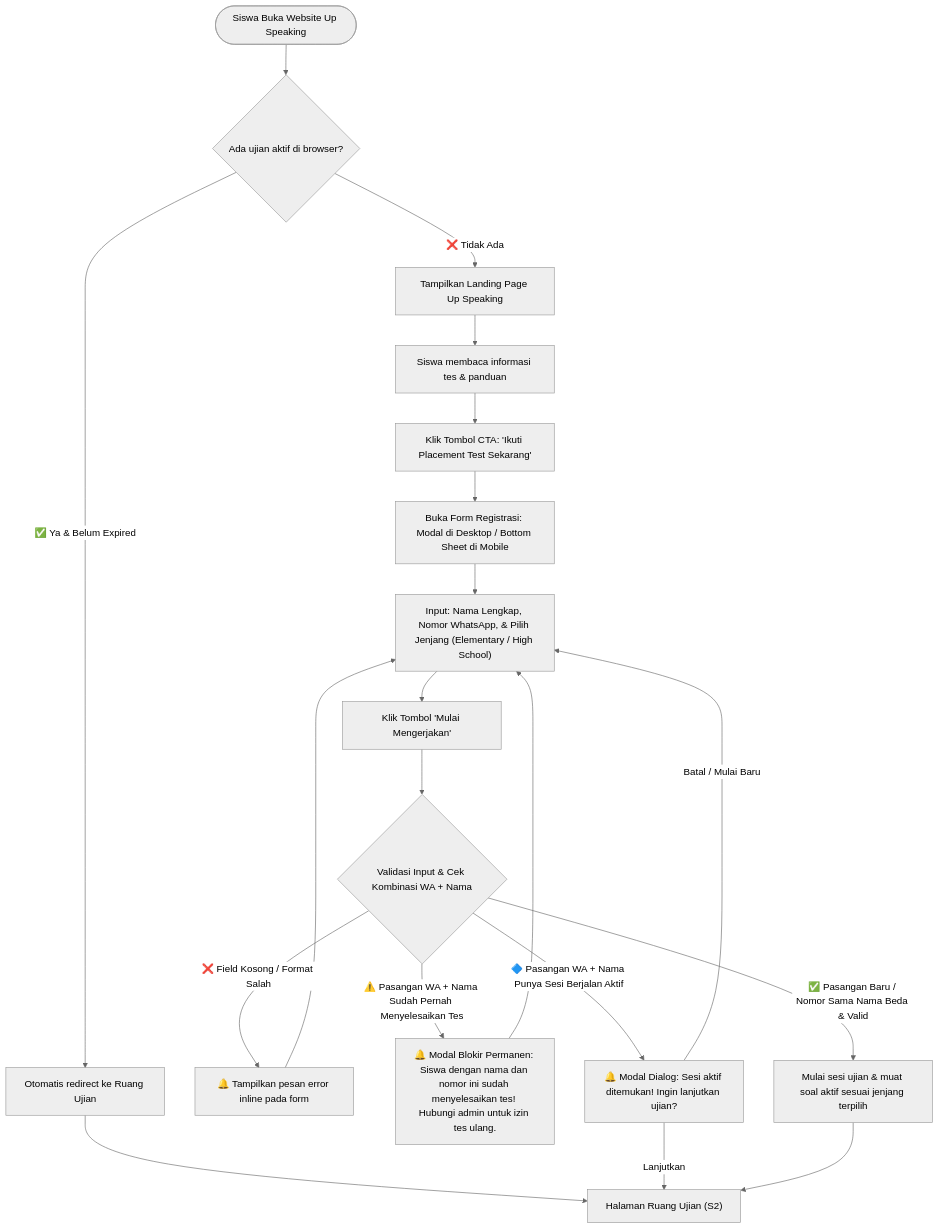
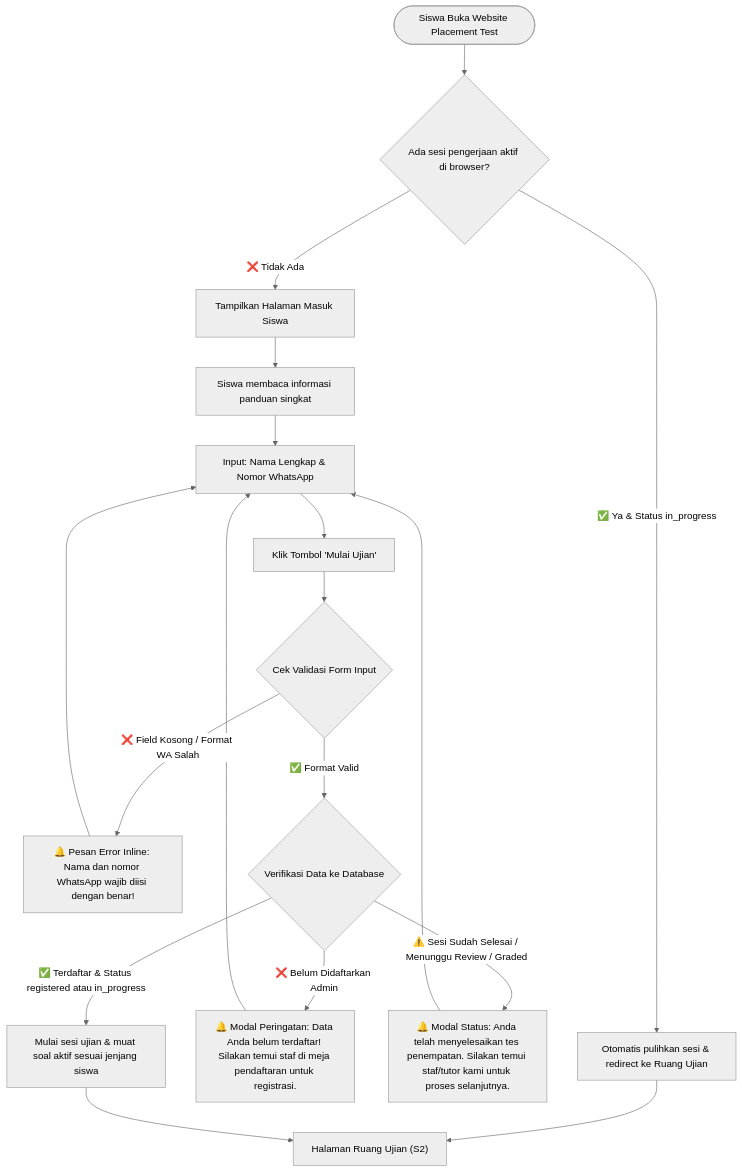
Before and after one commit to septianof/up-speaking: the first of 13 diagrams in UI_FLOW.md, drawn with Mermaid (neutral theme). The commit also changed other lines of this file and 3 other files, not shown here.

Commit message:
docs: perbarui prd, ui flow, task breakdown, dan agents sesuai arsitektur baru

````diff
--- a/UI_FLOW.md
+++ b/UI_FLOW.md
@@ -49,29 +55,26 @@
 ```mermaid
 flowchart TD
-    A([Siswa Buka Website Up Speaking]) --> B{Ada ujian aktif di browser?}
-    
-    B -- ✅ Ya & Belum Expired --> C[Otomatis redirect ke Ruang Ujian]
+    A(["Siswa Buka Website Placement Test"]) --> B{"Ada sesi pengerjaan aktif di browser?"}
+
+    B -->|✅ Ya & Status in_progress| C["Otomatis pulihkan sesi & redirect ke Ruang Ujian"]
     C --> J["Halaman Ruang Ujian (S2)"]
 
-    B -- ❌ Tidak Ada --> D[Tampilkan Landing Page Up Speaking]
-    D --> E[Siswa membaca informasi tes & panduan]
-    E --> F[Klik Tombol CTA: 'Ikuti Placement Test Sekarang']
+    B -->|❌ Tidak Ada| D["Tampilkan Halaman Masuk Siswa"]
+    D --> E["Siswa membaca informasi panduan singkat"]
+    E --> F["Input: Nama Lengkap & Nomor WhatsApp"]
+    F --> G["Klik Tombol 'Mulai Ujian'"]
 
-    F --> G[Buka Form Registrasi: Modal di Desktop / Bottom Sheet di Mobile]
-    G --> H["Input: Nama Lengkap, Nomor WhatsApp, & Pilih Jenjang (Elementary / High School)"]
-    H --> I[Klik Tombol 'Mulai Mengerjakan']
+    G --> H{"Cek Validasi Form Input"}
+    H -->|❌ Field Kosong / Format WA Salah| I["🔔 Pesan Error Inline: Nama dan nomor WhatsApp wajib diisi dengan benar!"]
+    I --> F
 
-    I --> K{Validasi Input & Cek Kombinasi WA + Nama}
-    K -- ❌ Field Kosong / Format Salah --> L[🔔 Tampilkan pesan error inline pada form]
-    L --> H
+    H -->|✅ Format Valid| K{"Verifikasi Data ke Database"}
+    K -->|❌ Belum Didaftarkan Admin| L["🔔 Modal Peringatan: Data Anda belum terdaftar! Silakan temui staf di meja pendaftaran untuk registrasi."]
+    L --> F
 
-    K -- ⚠️ Pasangan WA + Nama Sudah Pernah Menyelesaikan Tes --> M["🔔 Modal Blokir Permanen: Siswa dengan nama dan nomor ini sudah menyelesaikan tes! Hubungi admin untuk izin tes ulang."]
-    M --> H
+    K -->|⚠️ Sesi Sudah Selesai / Menunggu Review / Graded| M["🔔 Modal Status: Anda telah menyelesaikan tes penempatan. Silakan temui staf/tutor kami untuk proses selanjutnya."]
+    M --> F
 
-    K -- 🔷 Pasangan WA + Nama Punya Sesi Berjalan Aktif --> N[🔔 Modal Dialog: Sesi aktif ditemukan! Ingin lanjutkan ujian?]
-    N -- Batal / Mulai Baru --> H
-    N -- Lanjutkan --> J
-
-    K -- ✅ Pasangan Baru / Nomor Sama Nama Beda & Valid --> O[Mulai sesi ujian & muat soal aktif sesuai jenjang terpilih]
-    O --> J
+    K -->|✅ Terdaftar & Status registered atau in_progress| N["Mulai sesi ujian & muat soal aktif sesuai jenjang siswa"]
+    N --> J
 ```
````
